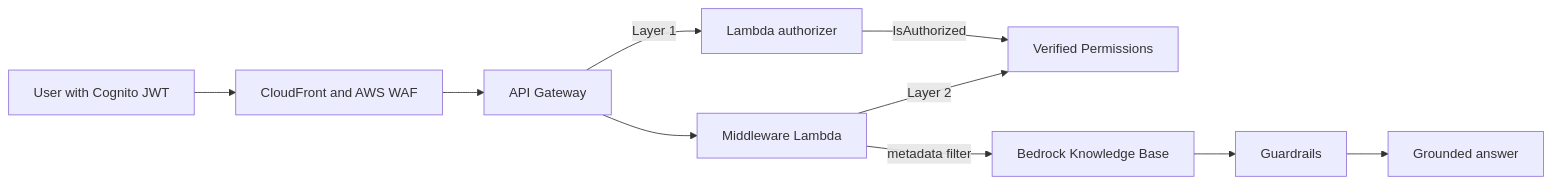
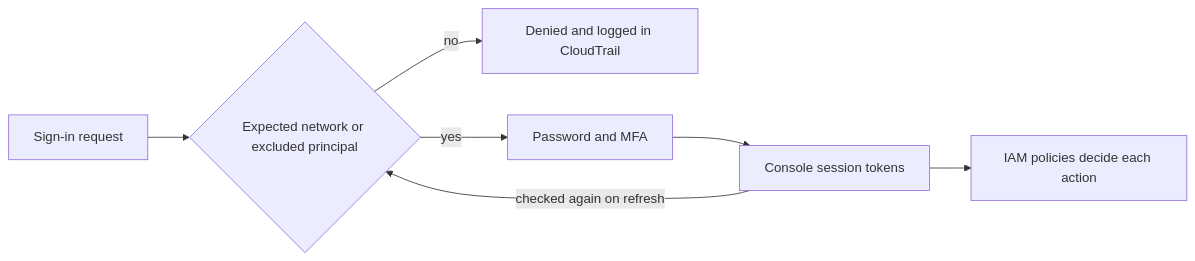
One commit to trmizy/FCAJ_Project_Personal changed the diagram in content/3-BlogsPosted/3.2-Blog2/_index.md. Above: the diagram before and after it, drawn with Mermaid. The commit also changed other lines of this file and 11 other files, not shown here.

```diff
--- a/content/3-BlogsPosted/3.2-Blog2/_index.md
+++ b/content/3-BlogsPosted/3.2-Blog2/_index.md
@@ -38,12 +36,9 @@
 {{< mermaid >}}
 graph LR
-  U[User with Cognito JWT] --> W[CloudFront and AWS WAF]
-  W --> G[API Gateway]
-  G -- Layer 1 --> A[Lambda authorizer]
-  A -- IsAuthorized --> P[Verified Permissions]
-  G --> M[Middleware Lambda]
-  M -- Layer 2 --> P
-  M -- metadata filter --> K[Bedrock Knowledge Base]
-  K --> R[Guardrails]
-  R --> O[Grounded answer]
+  S[Sign-in request] --> N{Expected network or excluded principal}
+  N -- no --> D[Denied and logged in CloudTrail]
+  N -- yes --> A[Password and MFA]
+  A --> T[Console session tokens]
+  T -- checked again on refresh --> N
+  T --> I[IAM policies decide each action]
 {{< /mermaid >}}
```
